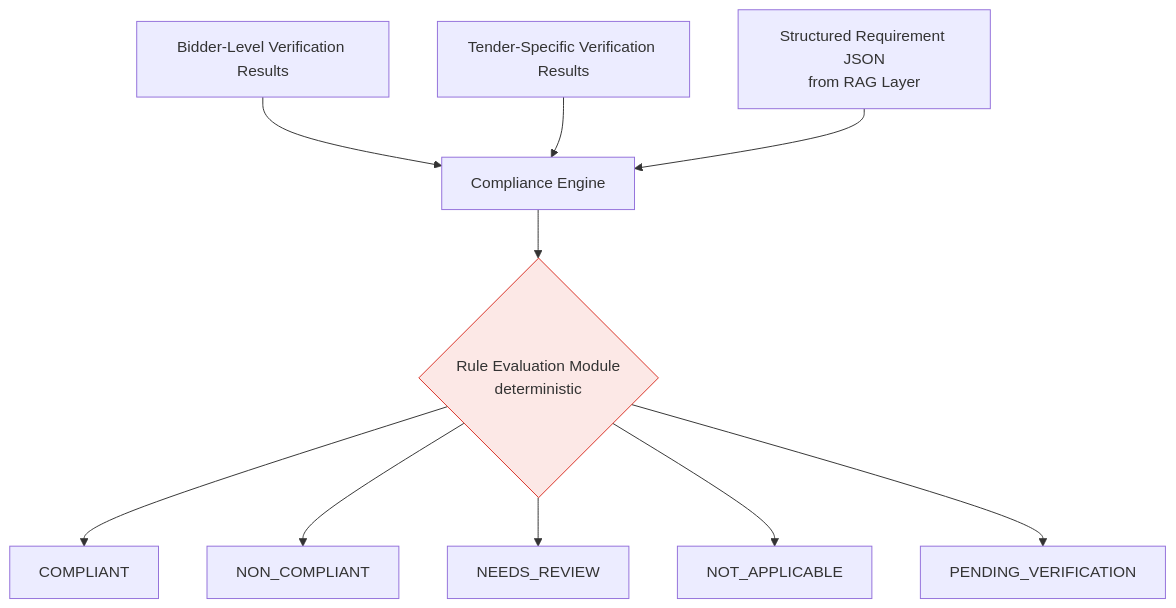
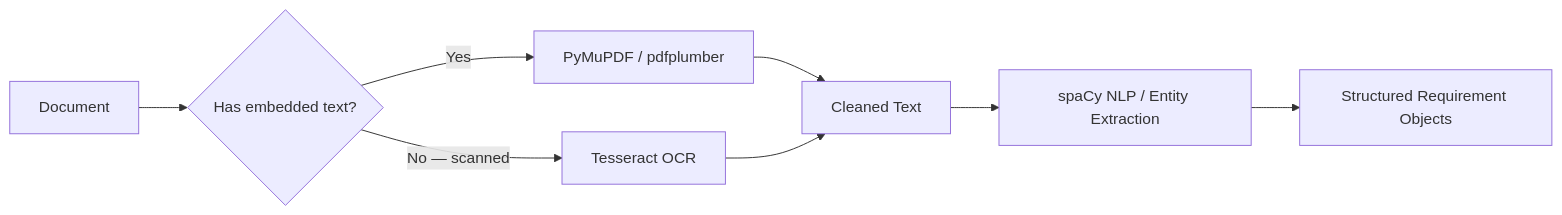
One commit to IshanWankhede/BidVerify-AI changed the fourth of 8 diagrams in architecture.md. Above: the diagram before and after it, drawn with Mermaid. The commit also changed other lines of this file and 11 other files, not shown here.

````diff
--- a/architecture.md
+++ b/architecture.md
@@ -282,14 +170,10 @@
 ```mermaid
-flowchart TD
-    A[Bidder-Level Verification Results] --> C[Compliance Engine]
-    B[Tender-Specific Verification Results] --> C
-    R[Structured Requirement JSON<br/>from RAG Layer] --> C
-    C --> D{Rule Evaluation Module<br/>deterministic}
-    D --> E[COMPLIANT]
-    D --> F[NON_COMPLIANT]
-    D --> G[NEEDS_REVIEW]
-    D --> H[NOT_APPLICABLE]
-    D --> I[PENDING_VERIFICATION]
-
-    style D fill:#fce8e6,stroke:#d93025
+flowchart LR
+    A[Document] --> B{Has embedded text?}
+    B -->|Yes| C[PyMuPDF / pdfplumber]
+    B -->|No — scanned| D[Tesseract OCR]
+    C --> E[Cleaned Text]
+    D --> E
+    E --> F[spaCy NLP / Entity Extraction]
+    F --> G[Structured Requirement Objects]
 ```
````
